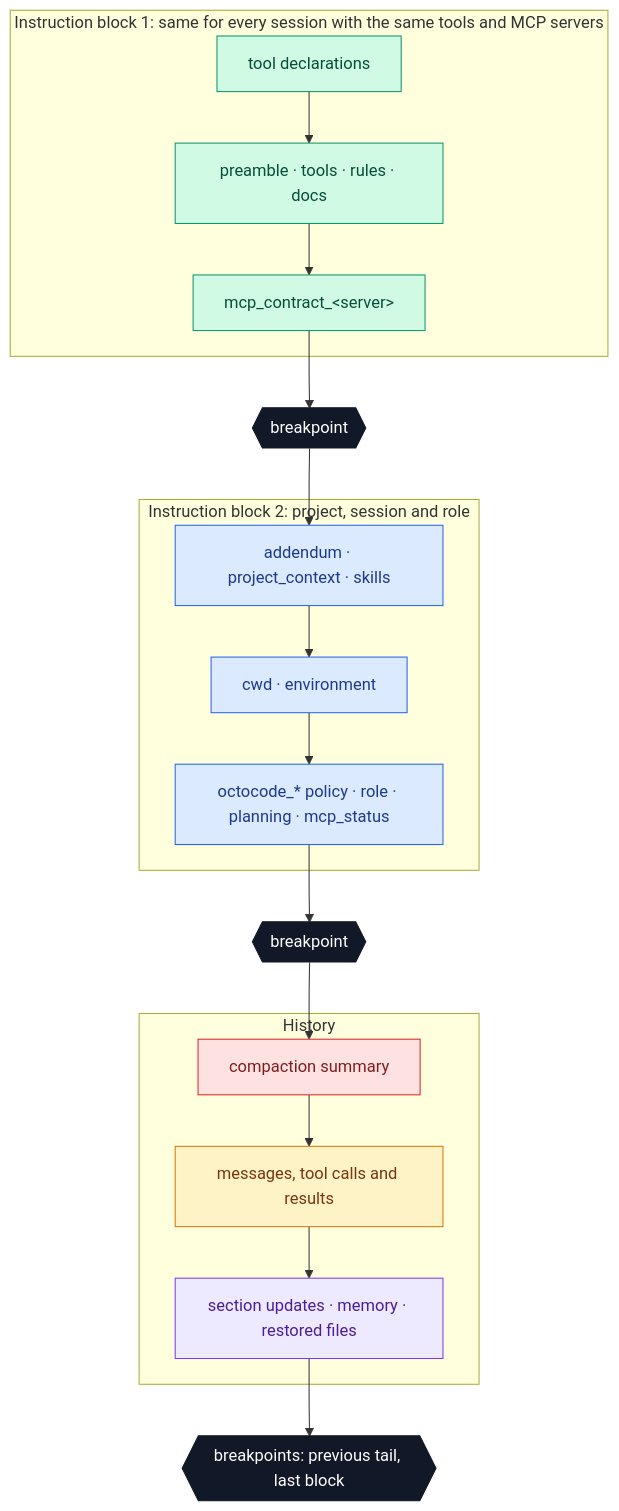
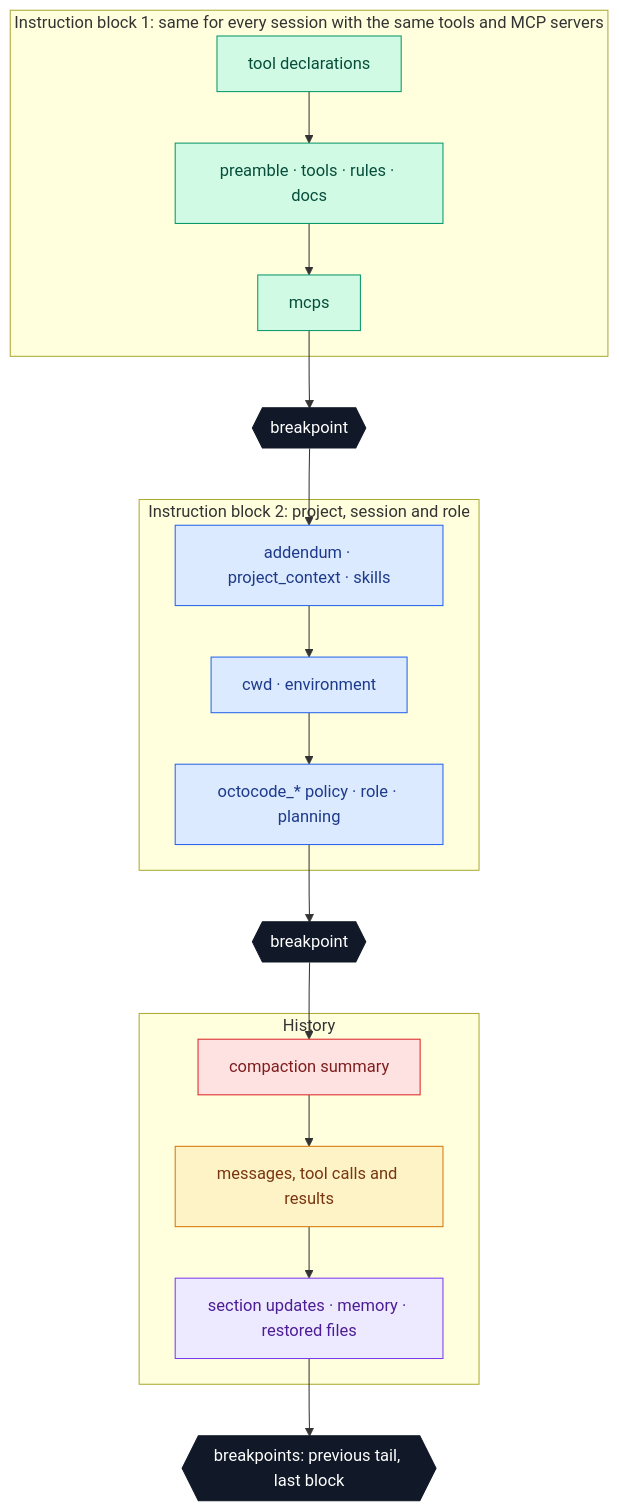
The first of 7 diagrams in docs/CONTEXT.md (bgauryy/octocode-coding-agent), drawn with Mermaid before and after one commit. The commit also changed other lines of this file and 1535 other files, not shown here.

````diff
--- a/docs/CONTEXT.md
+++ b/docs/CONTEXT.md
@@ -11,28 +11,28 @@
 ```mermaid
 flowchart TB
     subgraph L1["Instruction block 1: same for every session with the same tools and MCP servers"]
-        T["tool declarations"] --> P["preamble · tools · rules · docs"] --> M["mcp_contract_#lt;server#gt;"]
+        T["tool declarations"] --> P["preamble · tools · rules · docs"] --> M["mcps"]
     end
     subgraph L2["Instruction block 2: project, session and role"]
-        A["addendum · project_context · skills"] --> CW["cwd · environment"] --> POL["octocode_* policy · role · planning · mcp_status"]
+        A["addendum · project_context · skills"] --> CW["cwd · environment"] --> POL["octocode_* policy · role · planning"]
     end
     subgraph L3["History"]
         CS["compaction summary"] --> H["messages, tool calls and results"] --> U["section updates · memory · restored files"]
     end
     M --> BP1{{"breakpoint"}} --> A
     POL --> BP2{{"breakpoint"}} --> CS
     U --> BP3{{"breakpoints: previous tail, last block"}}
 
     classDef b1 fill:#d1fae5,stroke:#059669,color:#064e3b
     classDef b2 fill:#dbeafe,stroke:#2563eb,color:#1e3a8a
     classDef hist fill:#fef3c7,stroke:#d97706,color:#78350f
     classDef upd fill:#ede9fe,stroke:#7c3aed,color:#4c1d95
     classDef cut fill:#fee2e2,stroke:#dc2626,color:#7f1d1d
     classDef bp fill:#111827,stroke:#111827,color:#ffffff
     class T,P,M b1
     class A,CW,POL b2
     class H hist
     class U upd
     class CS cut
     class BP1,BP2,BP3 bp
 ```
````
